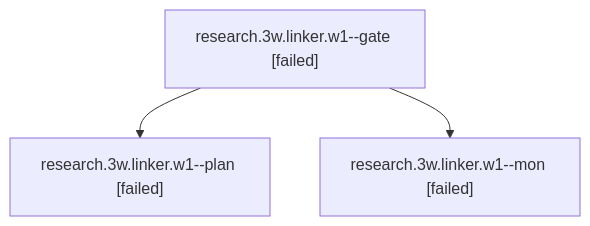
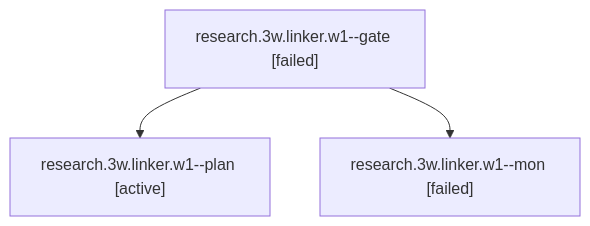
One commit to bobs-org/bob-cli--agents changed the diagram in sessions/bbugyi200.athena.research.3w.linker.w1.md. Above: the diagram before and after it, drawn with Mermaid. The commit also changed other lines of this file and 268 other files, not shown here.

````diff
--- a/sessions/bbugyi200.athena.research.3w.linker.w1.md
+++ b/sessions/bbugyi200.athena.research.3w.linker.w1.md
@@ -9,8 +9,8 @@
 ```mermaid
 flowchart TD
   n0["research.3w.linker.w1--gate [failed]"]
-  n1["research.3w.linker.w1--plan [failed]"]
+  n1["research.3w.linker.w1--plan [active]"]
   n0 --> n1
   n2["research.3w.linker.w1--mon [failed]"]
   n0 --> n2
 ```
````
